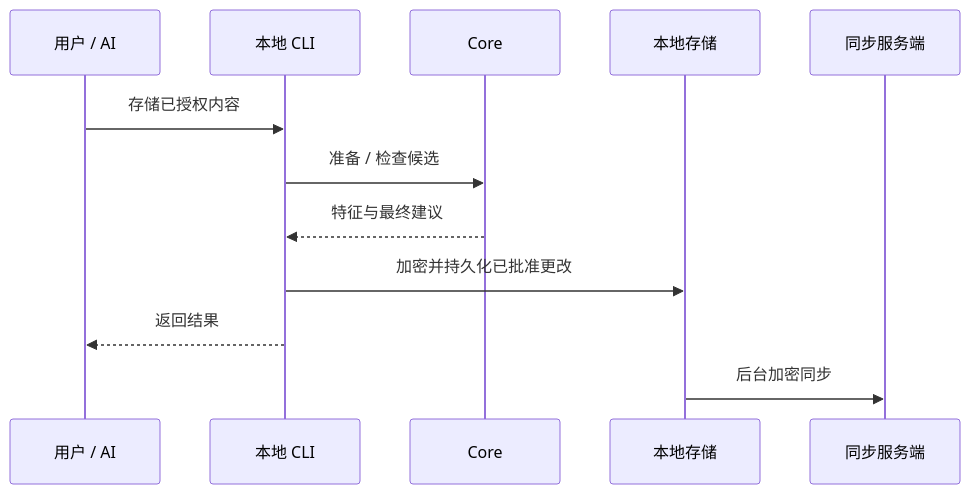
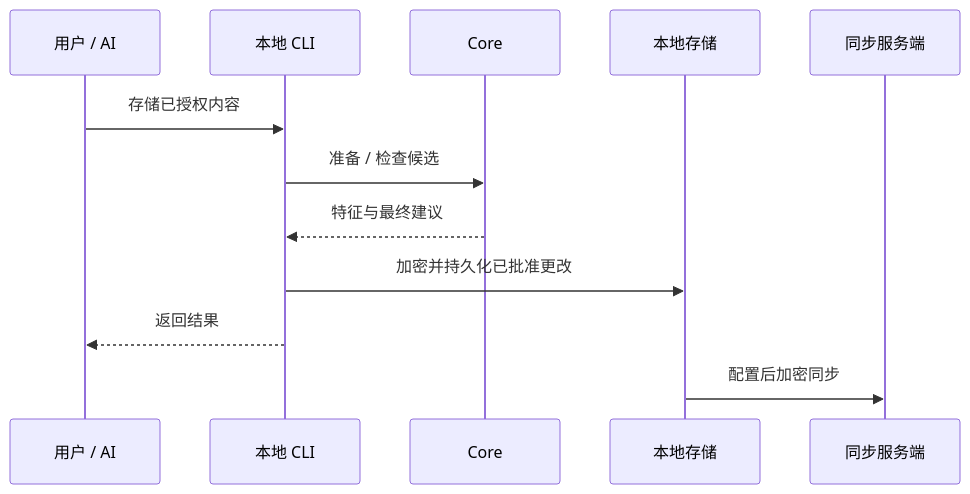
The diagram in docs/zh/walkthrough.md (risense-ai/respire-docs), drawn with Mermaid before and after one commit. The commit also changed other lines of this file and 117 other files, not shown here.

````diff
--- a/docs/zh/walkthrough.md
+++ b/docs/zh/walkthrough.md
@@ -5,14 +5,14 @@
 ```mermaid
 sequenceDiagram
   participant User as 用户 / AI
   participant CLI as 本地 CLI
   participant Core as Core
   participant Store as 本地存储
   participant Server as 同步服务端
   User->>CLI: 存储已授权内容
   CLI->>Core: 准备 / 检查候选
   Core-->>CLI: 特征与最终建议
   CLI->>Store: 加密并持久化已批准更改
   CLI-->>User: 返回结果
-  Store->>Server: 后台加密同步
+  Store->>Server: 配置后加密同步
 ```
````
